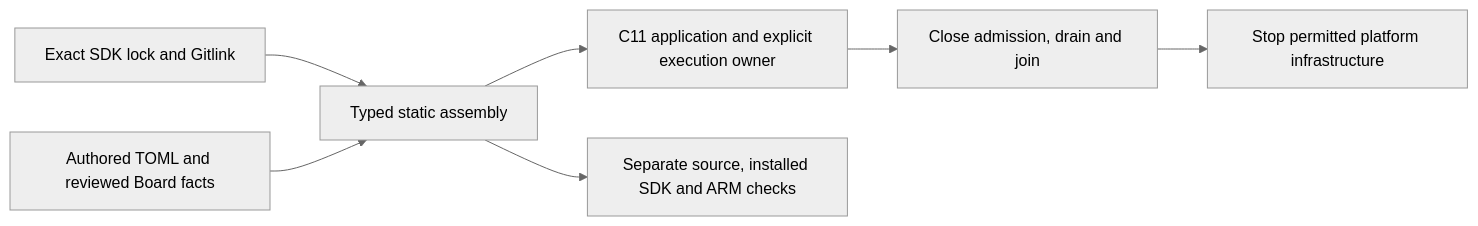
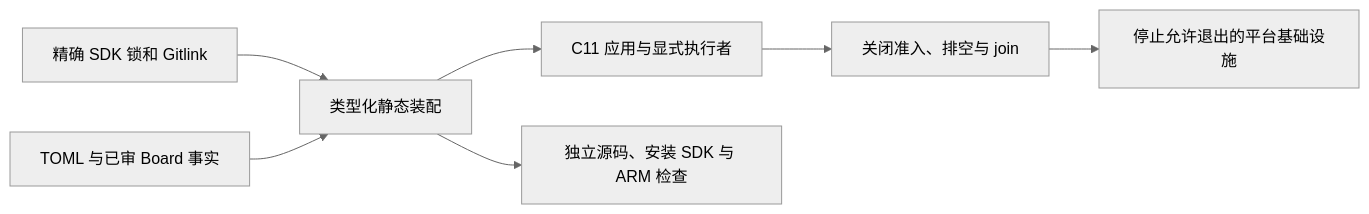
The diagram in README.md (X-Gen-Lab/nexus-examples), drawn with Mermaid (neutral theme) before and after one commit. The commit also changed other lines of this file and 8 other files, not shown here.

````diff
--- a/README.md
+++ b/README.md
@@ -24,9 +33,9 @@
 ```mermaid
 flowchart LR
-    S[Exact SDK lock and Gitlink] --> G[Typed static assembly]
-    C[Authored TOML and reviewed Board facts] --> G
-    G --> A[C11 application and explicit execution owner]
-    A --> D[Close admission, drain and join]
-    D --> P[Stop permitted platform infrastructure]
-    G --> V[Separate source, installed SDK and ARM checks]
+    S[精确 SDK 锁和 Gitlink] --> G[类型化静态装配]
+    C[TOML 与已审 Board 事实] --> G
+    G --> A[C11 应用与显式执行者]
+    A --> D[关闭准入、排空与 join]
+    D --> P[停止允许退出的平台基础设施]
+    G --> V[独立源码、安装 SDK 与 ARM 检查]
 ```
````
